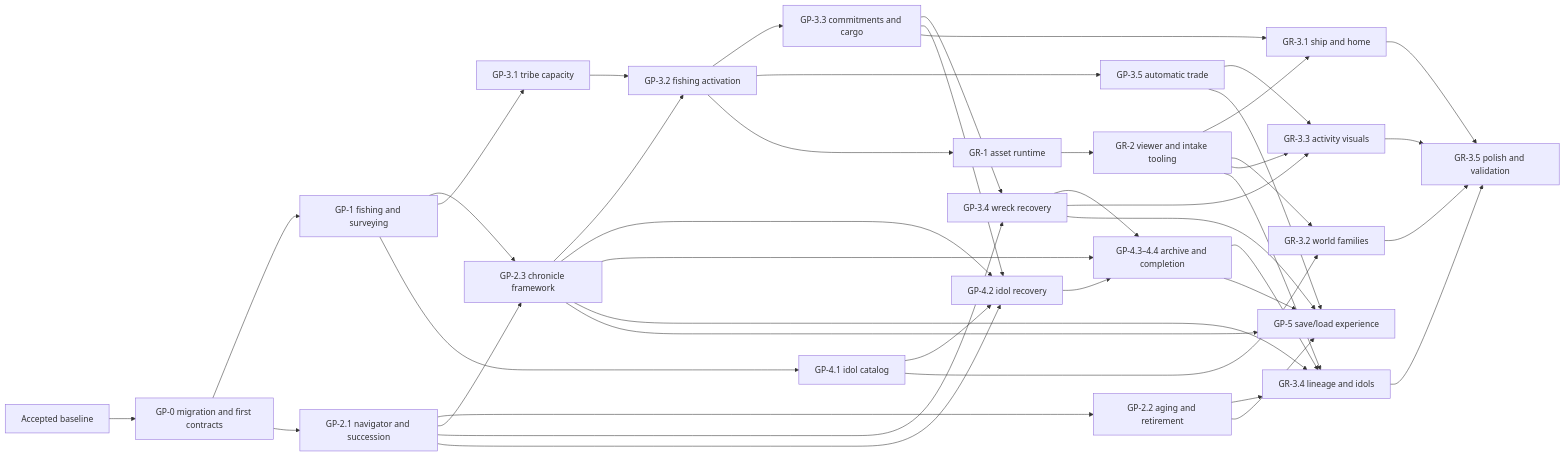
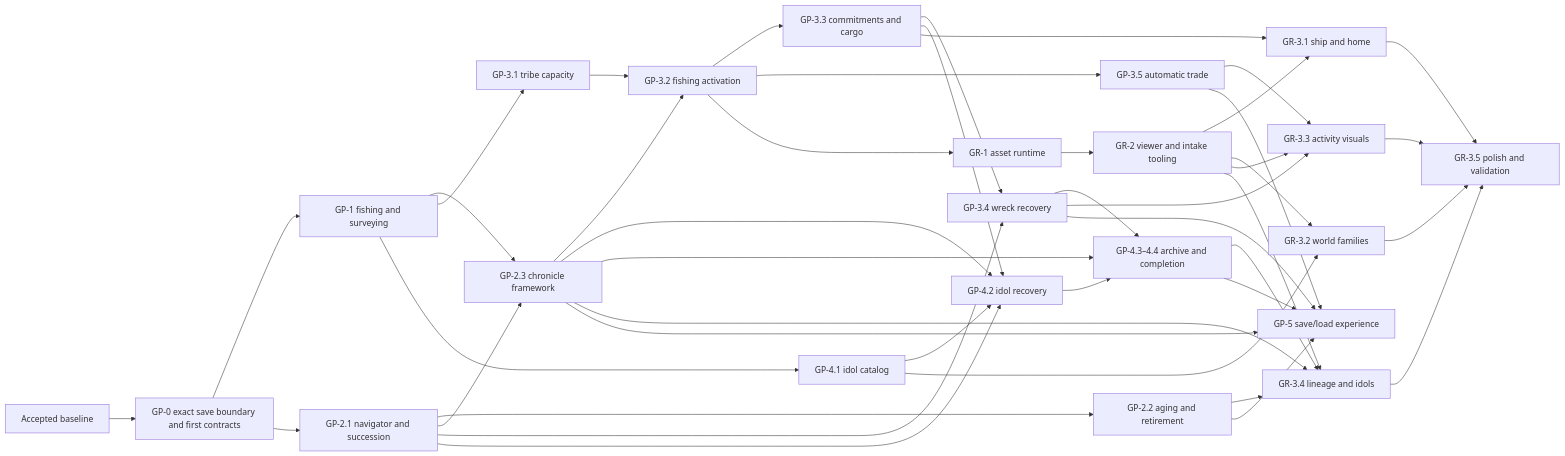
One commit to anthonyoconnor/wayfinders changed the diagram in docs/Wayfinders_Roadmap.md. Above: the diagram before and after it, drawn with Mermaid. The commit also changed other lines of this file and 15 other files, not shown here.

Commit message:
Adopt exact-version save compatibility

````diff
--- a/docs/Wayfinders_Roadmap.md
+++ b/docs/Wayfinders_Roadmap.md
@@ -719,46 +725,46 @@
 ```mermaid
 flowchart LR
-    B["Accepted baseline"] --> GP0["GP-0 migration and first contracts"]
+    B["Accepted baseline"] --> GP0["GP-0 exact save boundary and first contracts"]
     GP0 --> GP1["GP-1 fishing and surveying"]
     GP0 --> GP21["GP-2.1 navigator and succession"]
     GP21 --> GP22["GP-2.2 aging and retirement"]
     GP1 --> GP23["GP-2.3 chronicle framework"]
     GP21 --> GP23
     GP1 --> GP31["GP-3.1 tribe capacity"]
     GP31 --> GP32["GP-3.2 fishing activation"]
     GP23 --> GP32
     GP32 --> GP33["GP-3.3 commitments and cargo"]
     GP21 --> GP34["GP-3.4 wreck recovery"]
     GP33 --> GP34
     GP32 --> GP35["GP-3.5 automatic trade"]
     GP1 --> GP41["GP-4.1 idol catalog"]
     GP21 --> GP42["GP-4.2 idol recovery"]
     GP23 --> GP42
     GP33 --> GP42
     GP41 --> GP42
     GP23 --> GP43["GP-4.3–4.4 archive and completion"]
     GP42 --> GP43
     GP34 --> GP43
     GP32 --> GR1["GR-1 asset runtime"]
     GR1 --> GR2["GR-2 viewer and intake tooling"]
     GR2 --> GR31["GR-3.1 ship and home"]
     GP33 --> GR31
     GR2 --> GR32["GR-3.2 world families"]
     GP41 --> GR32
     GR2 --> GR33["GR-3.3 activity visuals"]
     GP34 --> GR33
     GP35 --> GR33
     GR2 --> GR34["GR-3.4 lineage and idols"]
     GP22 --> GR34
     GP23 --> GR34
     GP43 --> GR34
     GR31 --> GR35["GR-3.5 polish and validation"]
     GR32 --> GR35
     GR33 --> GR35
     GR34 --> GR35
     GP22 --> GP5["GP-5 save/load experience"]
     GP23 --> GP5
     GP34 --> GP5
     GP35 --> GP5
     GP43 --> GP5
 ```
````
